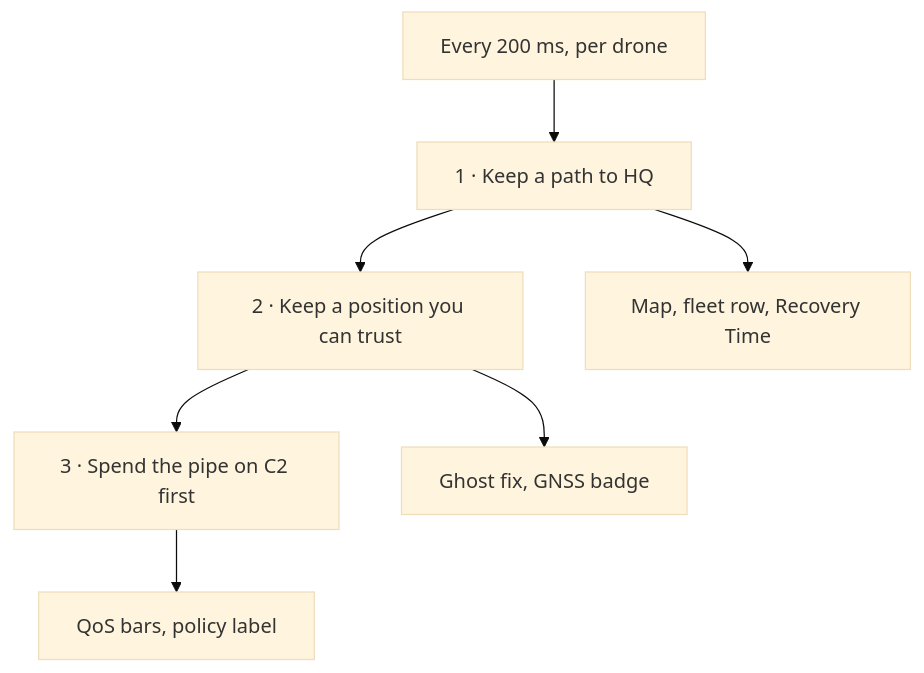
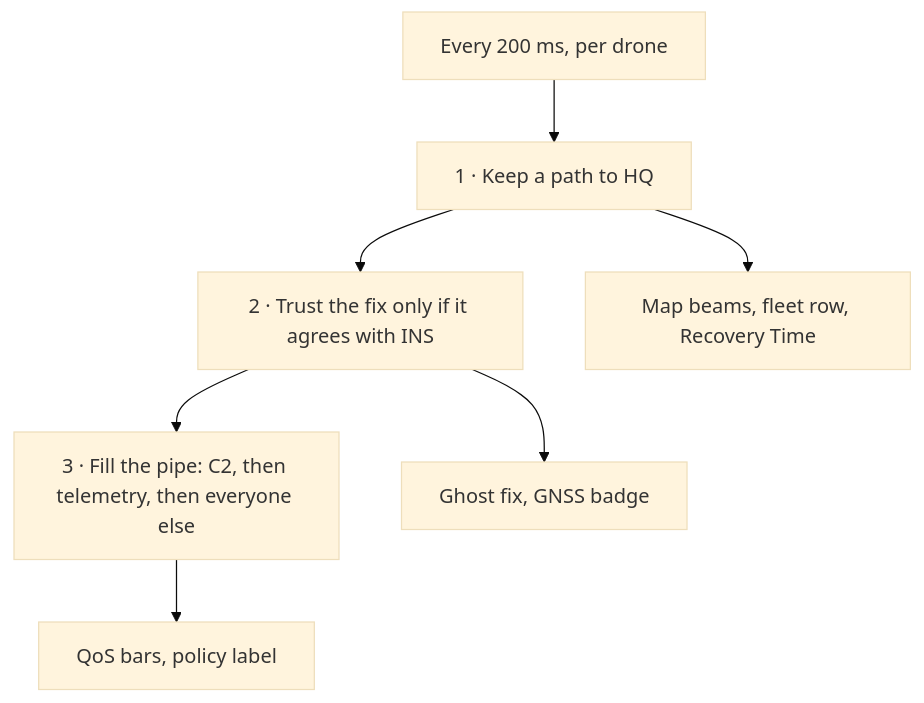
The first of 4 diagrams in README.md (IliasSoultana/dortmund-air-shield), drawn with Mermaid (base theme) before and after one commit. The commit also changed other lines of this file, not shown here.

Commit message:
Lead the README with the city problem, then the 3D FSOC and DECT mesh that answers it.

````diff
--- a/README.md
+++ b/README.md
@@ -67,9 +45,9 @@
 ```mermaid
 flowchart TD
   tick["Every 200 ms, per drone"] --> radio["1 · Keep a path to HQ"]
-  radio --> pos["2 · Keep a position you can trust"]
-  pos --> pipe["3 · Spend the pipe on C2 first"]
-  radio --> seen["Map, fleet row, Recovery Time"]
+  radio --> pos["2 · Trust the fix only if it agrees with INS"]
+  pos --> pipe["3 · Fill the pipe: C2, then telemetry, then everyone else"]
+  radio --> seen["Map beams, fleet row, Recovery Time"]
   pos --> seen2["Ghost fix, GNSS badge"]
   pipe --> seen3["QoS bars, policy label"]
 ```
````
